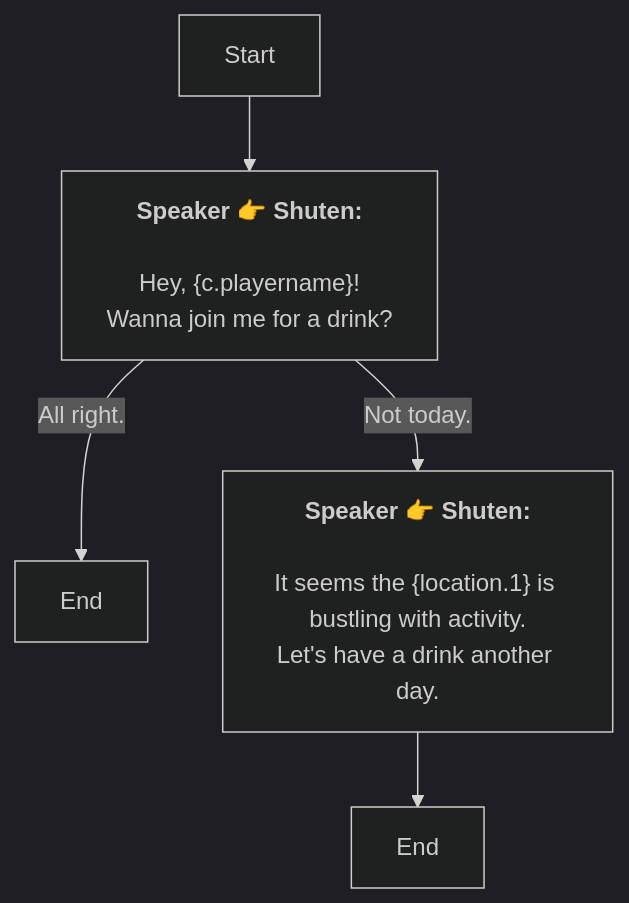
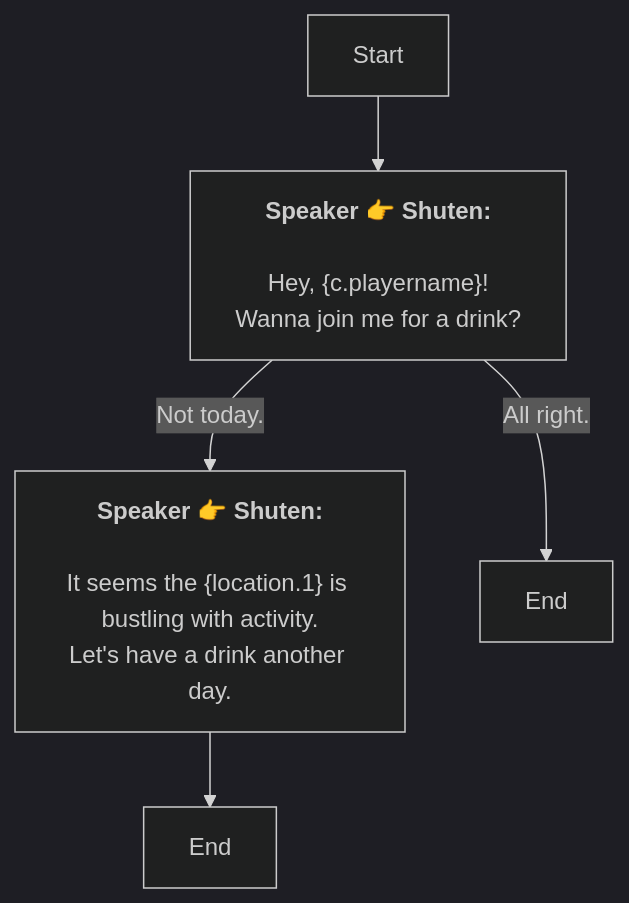
The diagram in En/QuestStartTalkENode_1754569494313621.md (SoftHu/tos_avg), drawn with Mermaid (dark theme) before and after one commit. The commit also changed other lines of this file and 780 other files, not shown here.

````diff
--- a/En/QuestStartTalkENode_1754569494313621.md
+++ b/En/QuestStartTalkENode_1754569494313621.md
@@ -1,12 +1,12 @@
 ```mermaid
 graph
 Start -->1754569657361049[<b>Speaker 👉 Shuten:</b>
 \nHey, &lbrace;c.playername&rbrace;!
 Wanna join me for a drink?]
-1754569657361049 -->|All right.|1754569704283809[End]
 1754569657361049 -->|Not today.|1754569700041376[<b>Speaker 👉 Shuten:</b>
 \nIt seems the &lbrace;location.1&rbrace; is bustling with activity.
 Let's have a drink another day.]
+1754569657361049 -->|All right.|1754569704283809[End]
 1754569700041376 -->1754569717223074[End]
 
 ```
````
